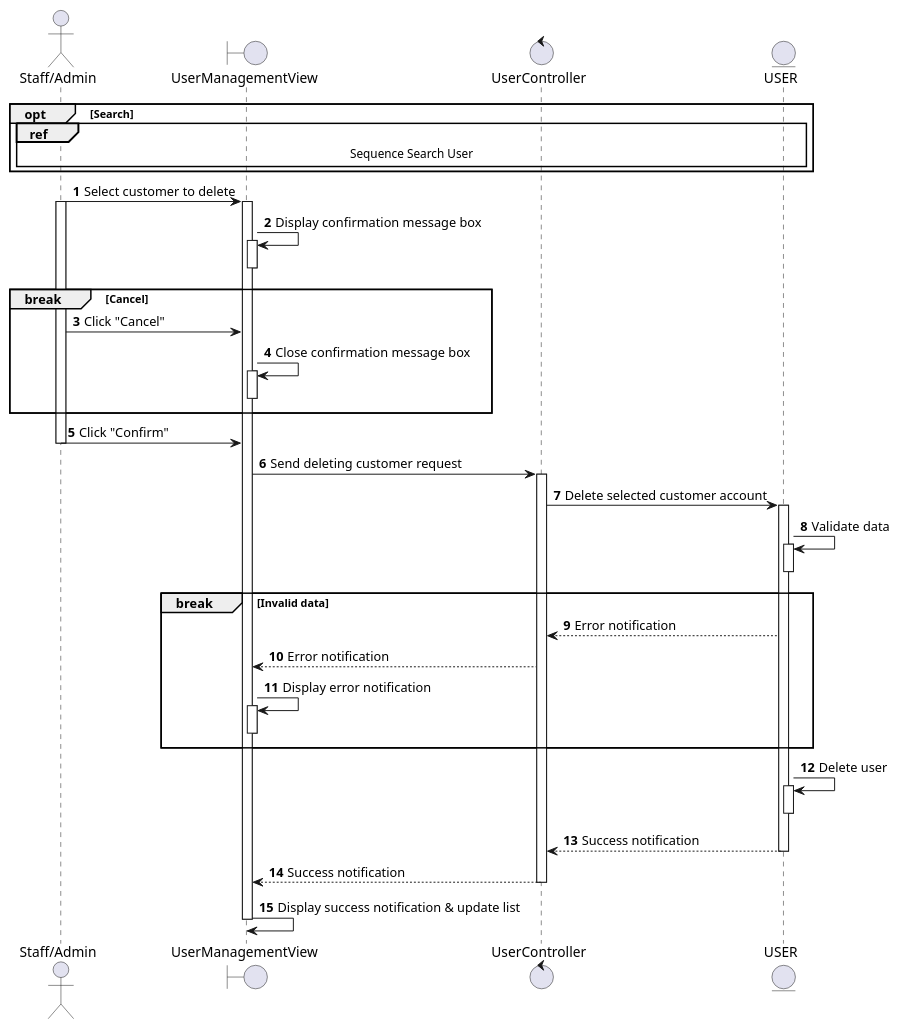
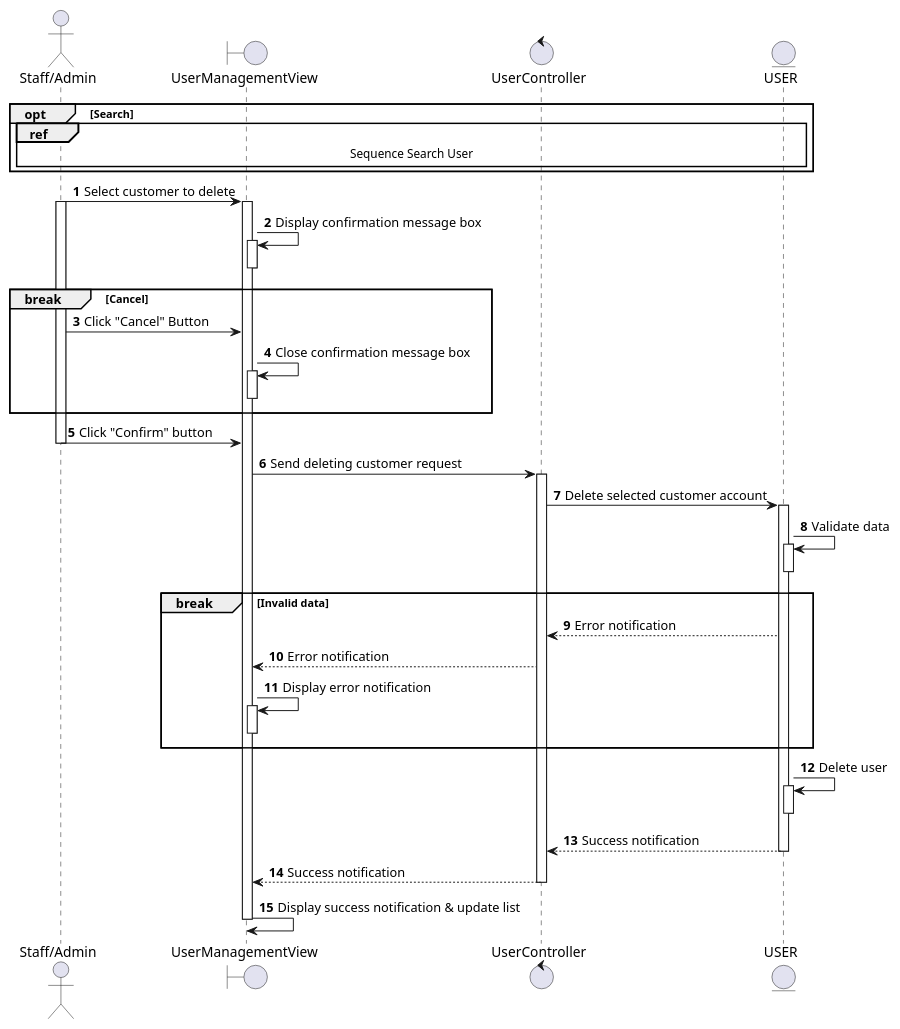
The diagram in docs/docs/sequence/manage-user/delete-customer.md (electricilies/electricilies.github.io), drawn with PlantUML before and after one commit. The commit also changed 12 other files, not shown here.

````diff
--- a/docs/docs/sequence/manage-user/delete-customer.md
+++ b/docs/docs/sequence/manage-user/delete-customer.md
@@ -3,53 +3,53 @@
 ```plantuml
 @startuml
 autonumber
 
 actor "Staff/Admin" as SA
 boundary UserManagementView as UMV
 control UserController as UC
 entity USER as U
 
 opt Search
   ref over SA, U: Sequence Search User
 end
 SA -> UMV: Select customer to delete
 activate SA
 activate UMV
 UMV -> UMV: Display confirmation message box
 activate UMV
 deactivate UMV
 break Cancel
-  SA -> UMV: Click "Cancel"
+  SA -> UMV: Click "Cancel" Button
   UMV -> UMV: Close confirmation message box
   activate UMV
   deactivate UMV
 end
-SA -> UMV: Click "Confirm"
+SA -> UMV: Click "Confirm" button
 deactivate SA
 UMV -> UC: Send deleting customer request
 activate UC
 UC -> U: Delete selected customer account
 activate U
 U -> U: Validate data
 activate U
 deactivate U
 break Invalid data
   UC <-- U: Error notification
   UMV <-- UC: Error notification
   UMV -> UMV: Display error notification
   activate UMV
   deactivate UMV
 end
 U -> U: Delete user
 activate U
 deactivate U
 UC <-- U: Success notification
 deactivate U
 UMV <-- UC: Success notification
 deactivate UC
 UMV -> UMV: Display success notification & update list
 deactivate UMV
 deactivate SA
 
 @enduml
 ```
````
